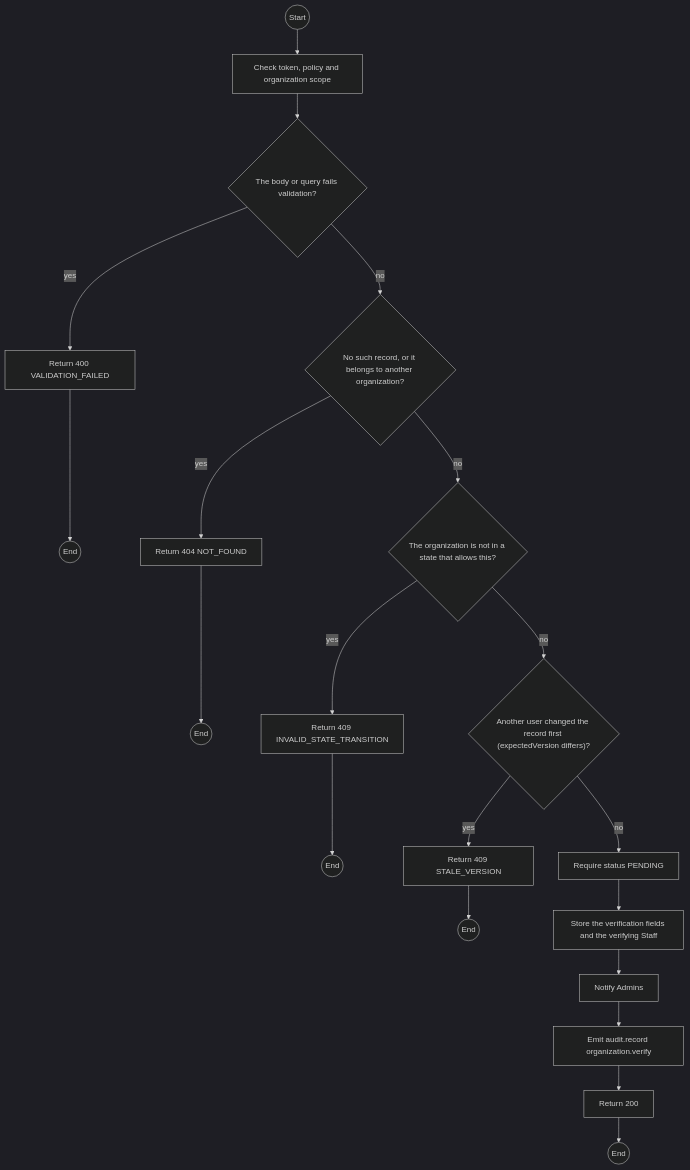
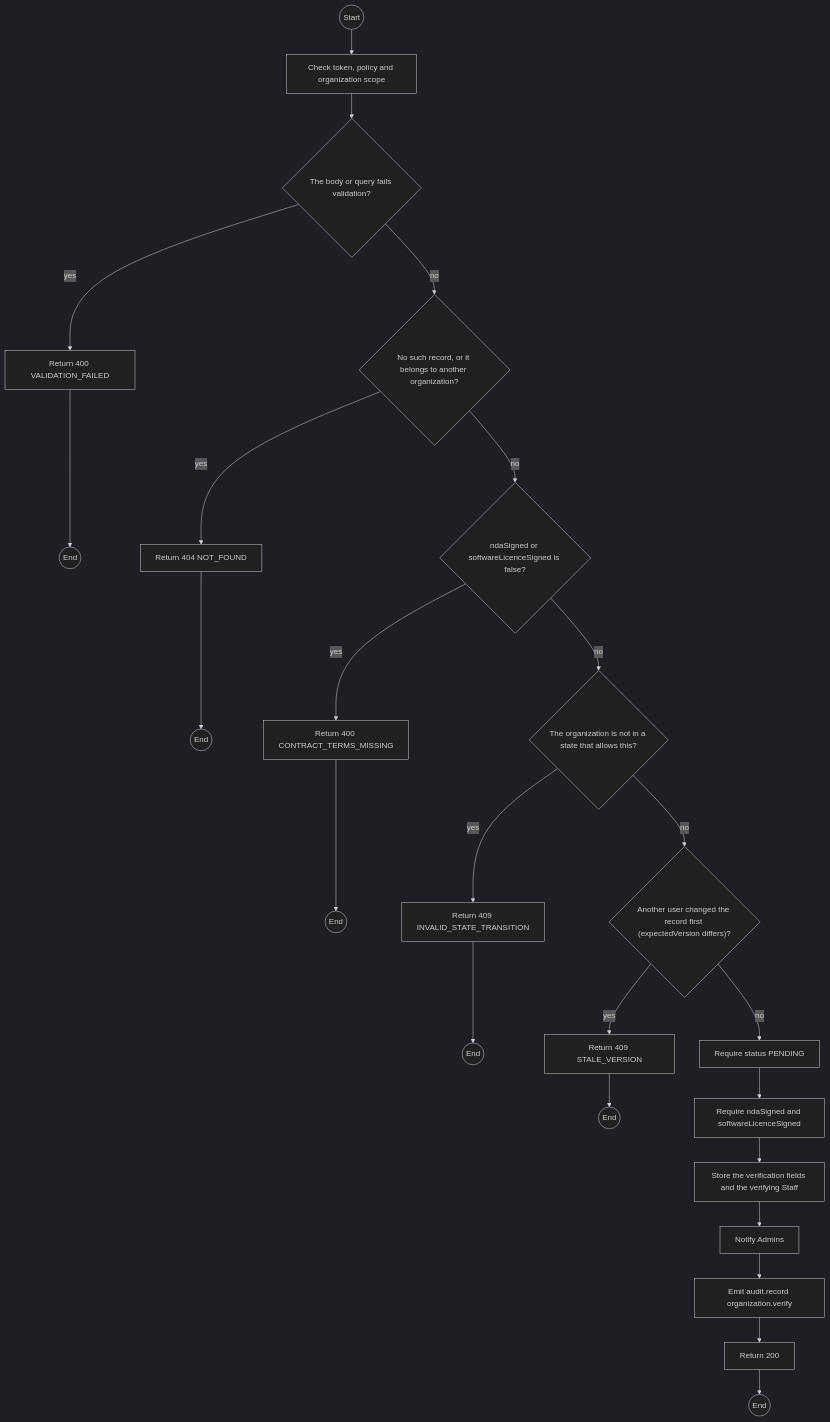
Before and after one commit to TrekLink-Team/treklink-web: the first of 2 diagrams in specs/organizations/api-design/05-post-organizations-id-verification.md, drawn with Mermaid (dark theme). The commit also changed other lines of this file and 39 other files, not shown here.

````diff
--- a/specs/organizations/api-design/05-post-organizations-id-verification.md
+++ b/specs/organizations/api-design/05-post-organizations-id-verification.md
@@ -186,37 +207,44 @@
 ```mermaid
 flowchart TB
     S((Start))
     A0["Check token, policy and organization scope"]
     S --> A0
     D1{"The body or query fails validation?"}
     A0 --> D1
     E1["Return 400 VALIDATION_FAILED"]
     D1 -->|yes| E1
     E1 --> X1((End))
     D2{"No such record, or it belongs to another organization?"}
     D1 -->|no| D2
     E2["Return 404 NOT_FOUND"]
     D2 -->|yes| E2
     E2 --> X2((End))
-    D3{"The organization is not in a state that allows this?"}
+    D3{"ndaSigned or softwareLicenceSigned is false?"}
     D2 -->|no| D3
-    E3["Return 409 INVALID_STATE_TRANSITION"]
+    E3["Return 400 CONTRACT_TERMS_MISSING"]
     D3 -->|yes| E3
     E3 --> X3((End))
-    D4{"Another user changed the record first (expectedVersion differs)?"}
+    D4{"The organization is not in a state that allows this?"}
     D3 -->|no| D4
-    E4["Return 409 STALE_VERSION"]
+    E4["Return 409 INVALID_STATE_TRANSITION"]
     D4 -->|yes| E4
     E4 --> X4((End))
+    D5{"Another user changed the record first (expectedVersion differs)?"}
+    D4 -->|no| D5
+    E5["Return 409 STALE_VERSION"]
+    D5 -->|yes| E5
+    E5 --> X5((End))
     P0["Require status PENDING"]
-    D4 -->|no| P0
-    P1["Store the verification fields and the verifying Staff"]
+    D5 -->|no| P0
+    P1["Require ndaSigned and softwareLicenceSigned"]
     P0 --> P1
-    P2["Notify Admins"]
+    P2["Store the verification fields and the verifying Staff"]
     P1 --> P2
-    P3["Emit audit.record organization.verify"]
+    P3["Notify Admins"]
     P2 --> P3
+    P4["Emit audit.record organization.verify"]
+    P3 --> P4
     OK["Return 200"]
-    P3 --> OK
+    P4 --> OK
     OK --> Z((End))
 ```
````
